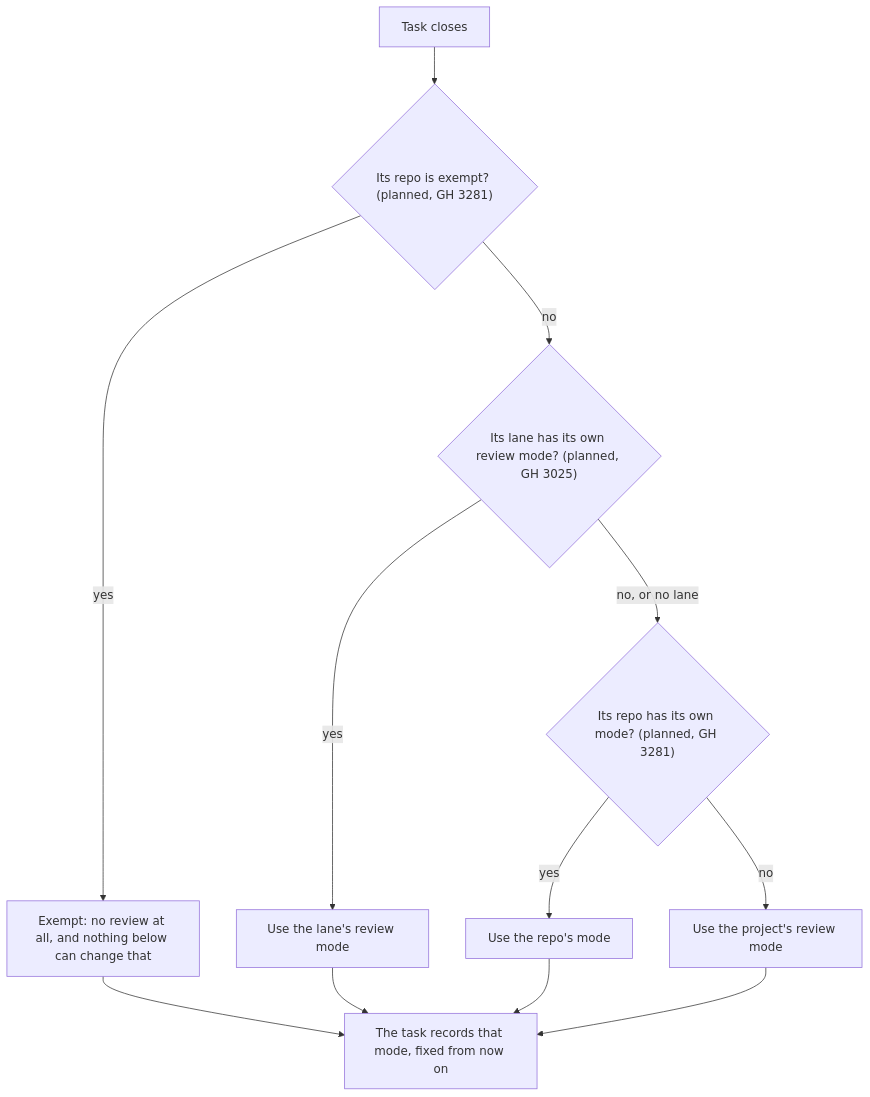
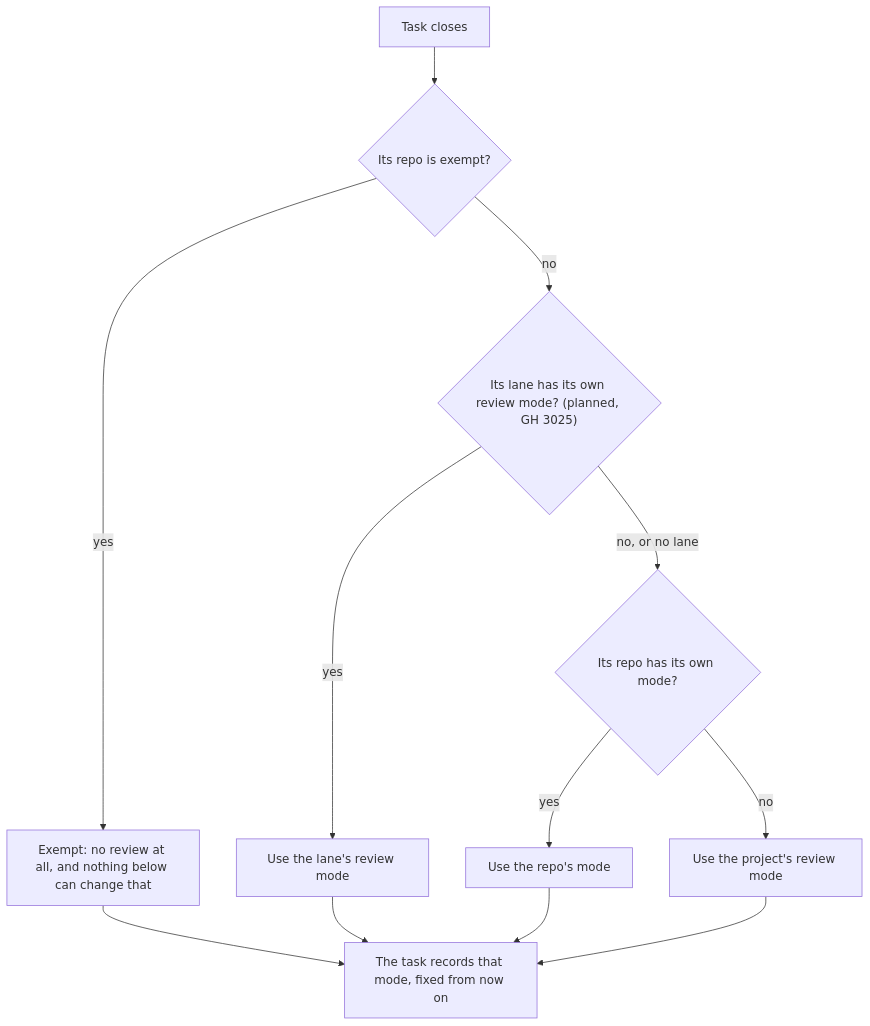
The first of 8 diagrams in docs/architecture/AGILE.md (trustmybot/plugin), drawn with Mermaid before and after one commit. The commit also changed other lines of this file and 3 other files, not shown here.

Commit message:
📝 docs(agile): mark the shipped per-repo review mode (GH 3281)

````diff
--- a/docs/architecture/AGILE.md
+++ b/docs/architecture/AGILE.md
@@ -22,14 +22,14 @@
 ```mermaid
 flowchart TD
-    A[Task closes] --> E{"Its repo is exempt? (planned, GH 3281)"}
+    A[Task closes] --> E{Its repo is exempt?}
     E -- yes --> EX[Exempt: no review at all, and nothing below can change that]
     E -- no --> B{"Its lane has its own review mode? (planned, GH 3025)"}
     B -- yes --> L[Use the lane's review mode]
-    B -- no, or no lane --> R{"Its repo has its own mode? (planned, GH 3281)"}
+    B -- no, or no lane --> R{Its repo has its own mode?}
     R -- yes --> RM[Use the repo's mode]
     R -- no --> P[Use the project's review mode]
     EX --> T[The task records that mode, fixed from now on]
     L --> T
     RM --> T
     P --> T
 ```
````
